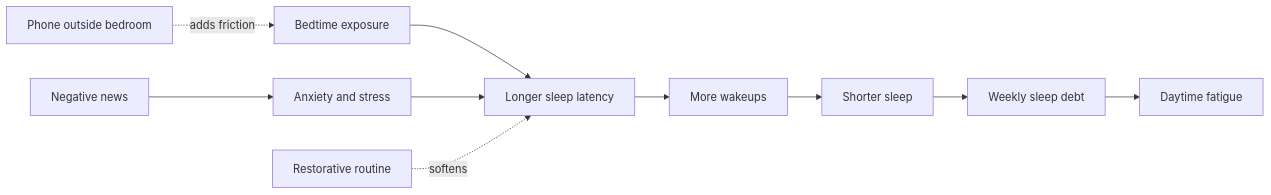
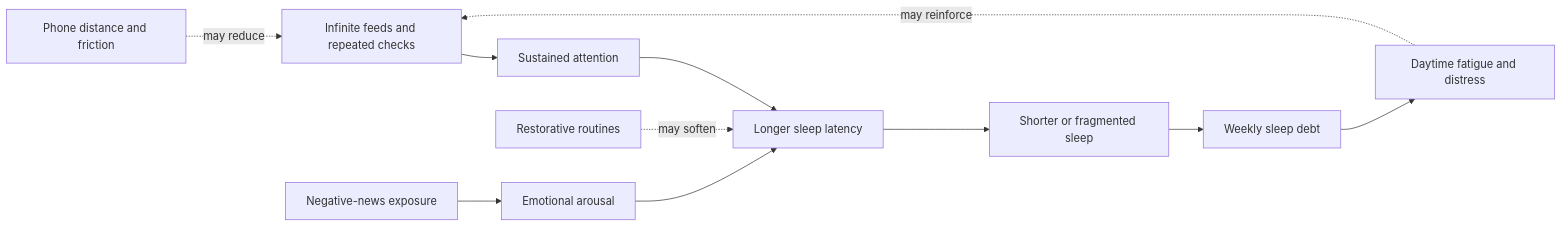
The first of 3 diagrams in README.md (SaiGrover/night-signals-doomscrolling-analysis), drawn with Mermaid before and after one commit. The commit also changed other lines of this file, not shown here.

````diff
--- a/README.md
+++ b/README.md
@@ -24,12 +57,13 @@
 ```mermaid
 flowchart LR
-    A["Bedtime exposure"] --> B["Longer sleep latency"]
-    B --> C["More wakeups"]
-    C --> D["Shorter sleep"]
-    D --> E["Weekly sleep debt"]
-    E --> F["Daytime fatigue"]
-    G["Negative news"] --> H["Anxiety and stress"]
-    H --> B
-    I["Restorative routine"] -. "softens" .-> B
-    J["Phone outside bedroom"] -. "adds friction" .-> A
+    A["Infinite feeds and repeated checks"] --> B["Sustained attention"]
+    N["Negative-news exposure"] --> C["Emotional arousal"]
+    B --> D["Longer sleep latency"]
+    C --> D
+    D --> E["Shorter or fragmented sleep"]
+    E --> F["Weekly sleep debt"]
+    F --> G["Daytime fatigue and distress"]
+    G -. "may reinforce" .-> A
+    R["Restorative routines"] -. "may soften" .-> D
+    P["Phone distance and friction"] -. "may reduce" .-> A
 ```
````
